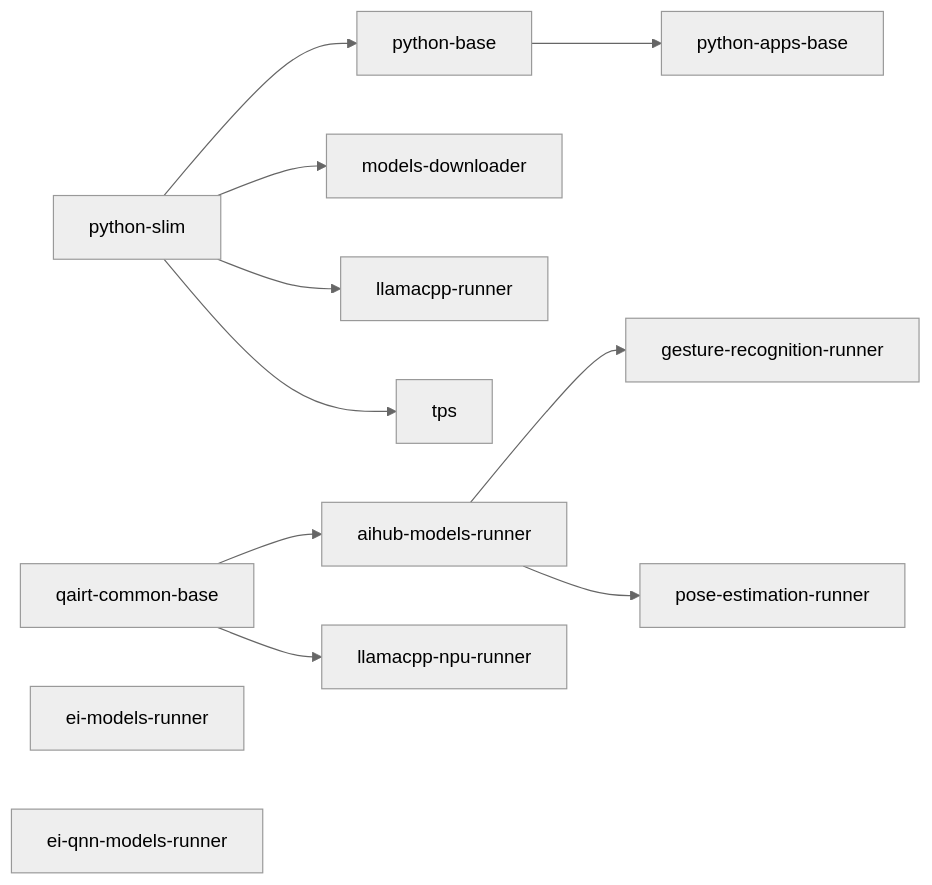
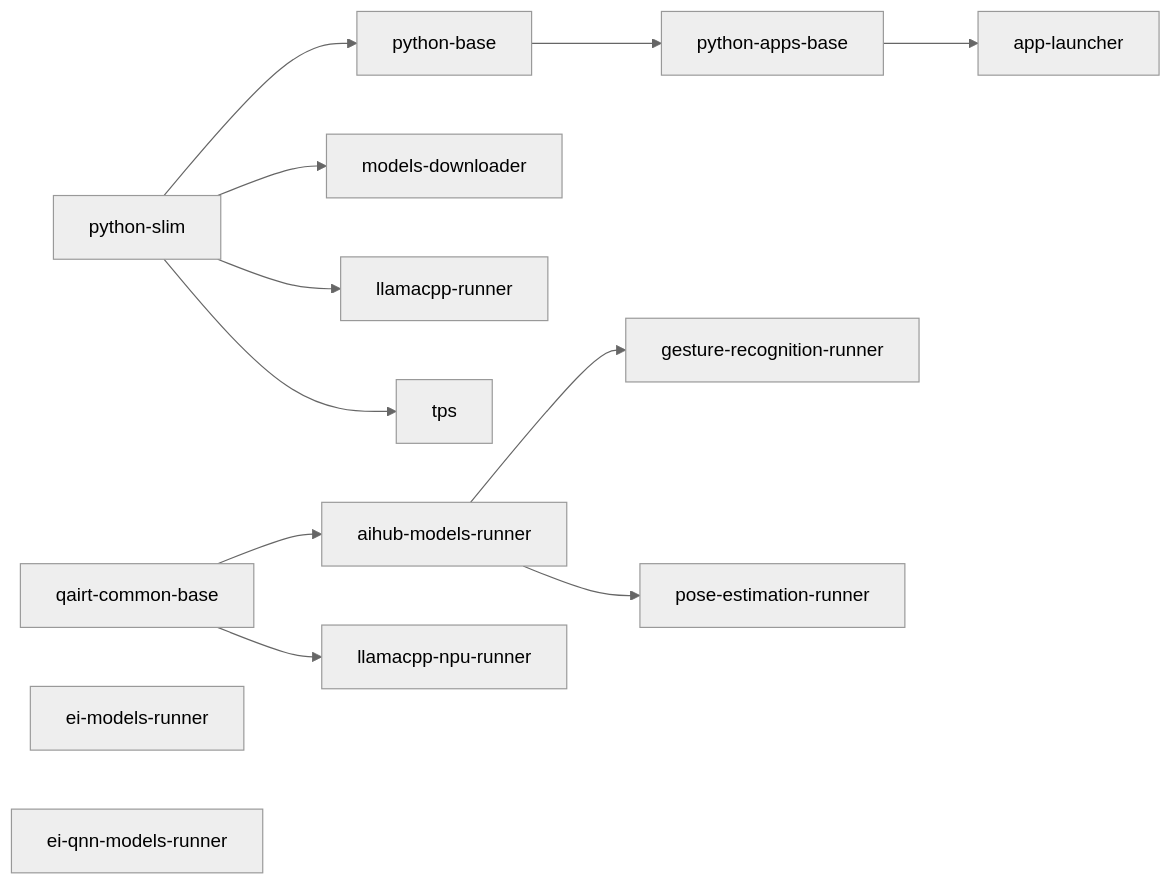
One commit to rjtokenring/app-bricks-py changed the diagram in containers/README.md. Above: the diagram before and after it, drawn with Mermaid (neutral theme). The commit also changed other lines of this file and 31 other files, not shown here.

Commit message:
POC: app-launcher and fast app switch

````diff
--- a/containers/README.md
+++ b/containers/README.md
@@ -41,12 +42,13 @@
 ```mermaid
 graph LR
   slim[python-slim] --> base[python-base] --> apps[python-apps-base]
   slim --> dl[models-downloader]
   slim --> lcpp[llamacpp-runner]
   qairt[qairt-common-base] --> aihub[aihub-models-runner] --> gesture[gesture-recognition-runner]
   aihub --> pose[pose-estimation-runner]
   qairt --> lcppnpu[llamacpp-npu-runner]
   ei[ei-models-runner]
   eiqnn[ei-qnn-models-runner]
   slim --> tps[tps]
+  apps --> applauncher[app-launcher]
 ```
````
